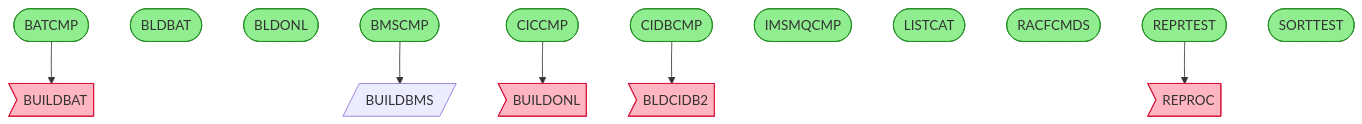
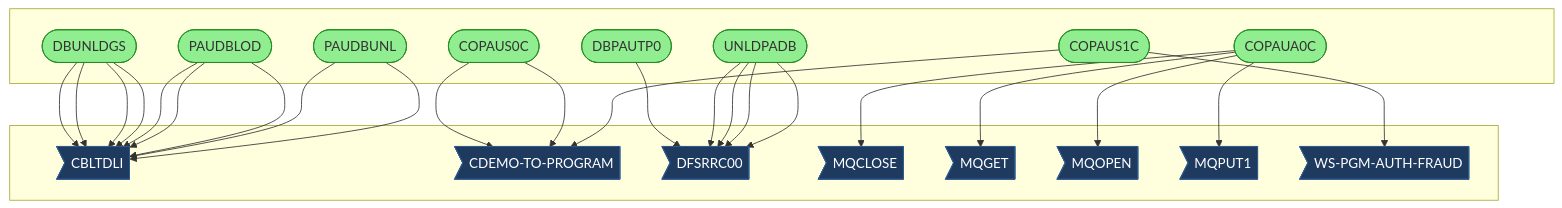
Before and after one commit to andrasfe/war_rig: the diagram in example_output/CALL_GRAPH.md, drawn with Mermaid. The commit also changed other lines of this file and 138 other files, not shown here.

````diff
--- a/example_output/CALL_GRAPH.md
+++ b/example_output/CALL_GRAPH.md
@@ -9,36 +9,55 @@
 ```mermaid
 flowchart TD
 
-    %% Documented programs
-    BATCMP([BATCMP])
-    BLDBAT([BLDBAT])
-    BLDONL([BLDONL])
-    BMSCMP([BMSCMP])
-    BUILDBMS[/BUILDBMS/]
-    CICCMP([CICCMP])
-    CIDBCMP([CIDBCMP])
-    IMSMQCMP([IMSMQCMP])
-    LISTCAT([LISTCAT])
-    RACFCMDS([RACFCMDS])
-    REPRTEST([REPRTEST])
-    SORTTEST([SORTTEST])
+    subgraph jobs[" "]
+        COPAUA0C([COPAUA0C])
+        COPAUS0C([COPAUS0C])
+        COPAUS1C([COPAUS1C])
+        DBPAUTP0([DBPAUTP0])
+        DBUNLDGS([DBUNLDGS])
+        PAUDBLOD([PAUDBLOD])
+        PAUDBUNL([PAUDBUNL])
+        UNLDPADB([UNLDPADB])
+    end
 
-    %% Missing custom programs
-    BLDCIDB2>BLDCIDB2]
-    BUILDBAT>BUILDBAT]
-    BUILDONL>BUILDONL]
-    REPROC>REPROC]
+    subgraph external[" "]
+        CBLTDLI>CBLTDLI]
+        CDEMO_TO_PROGRAM>CDEMO-TO-PROGRAM]
+        DFSRRC00>DFSRRC00]
+        MQCLOSE>MQCLOSE]
+        MQGET>MQGET]
+        MQOPEN>MQOPEN]
+        MQPUT1>MQPUT1]
+        WS_PGM_AUTH_FRAUD>WS-PGM-AUTH-FRAUD]
+    end
 
     %% Call relationships
-    BATCMP --> BUILDBAT
-    BMSCMP --> BUILDBMS
-    CICCMP --> BUILDONL
-    CIDBCMP --> BLDCIDB2
-    REPRTEST --> REPROC
+    COPAUA0C --> MQOPEN
+    COPAUA0C --> MQGET
+    COPAUA0C --> MQPUT1
+    COPAUA0C --> MQCLOSE
+    COPAUS0C --> CDEMO_TO_PROGRAM
+    COPAUS0C --> CDEMO_TO_PROGRAM
+    COPAUS1C --> WS_PGM_AUTH_FRAUD
+    COPAUS1C --> CDEMO_TO_PROGRAM
+    DBPAUTP0 --> DFSRRC00
+    DBUNLDGS --> CBLTDLI
+    DBUNLDGS --> CBLTDLI
+    DBUNLDGS --> CBLTDLI
+    DBUNLDGS --> CBLTDLI
+    PAUDBLOD --> CBLTDLI
+    PAUDBLOD --> CBLTDLI
+    PAUDBLOD --> CBLTDLI
+    PAUDBUNL --> CBLTDLI
+    PAUDBUNL --> CBLTDLI
+    UNLDPADB --> DFSRRC00
+    UNLDPADB --> DFSRRC00
+    UNLDPADB --> DFSRRC00
+    UNLDPADB --> DFSRRC00
 
     %% Styling
     classDef entryPoint fill:#90EE90,stroke:#228B22
-    class BATCMP,BLDBAT,BLDONL,BMSCMP,CICCMP,CIDBCMP,IMSMQCMP,LISTCAT,RACFCMDS,REPRTEST,SORTTEST entryPoint
-    classDef missing fill:#FFB6C1,stroke:#DC143C
-    class BLDCIDB2,BUILDBAT,BUILDONL,REPROC missing
+    class CBPAUP0C,CBPAUP0J,COPAUA0C,COPAUS0C,COPAUS1C,COPAUS2C,DBPAUTP0,DBUNLDGS,LOADPADB,PAUDBLOD,PAUDBUNL,UNLDGSAM,UNLDPADB entryPoint
+    classDef missing fill:#1E3A5F,stroke:#2E5A8F,color:#FFFFFF
+    class CBLTDLI,CDEMO_TO_PROGRAM,DFSRRC00,MQCLOSE,MQGET,MQOPEN,MQPUT1,WS_PGM_AUTH_FRAUD missing
 ```
````
